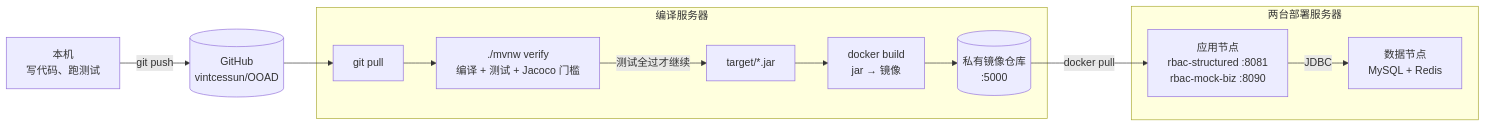
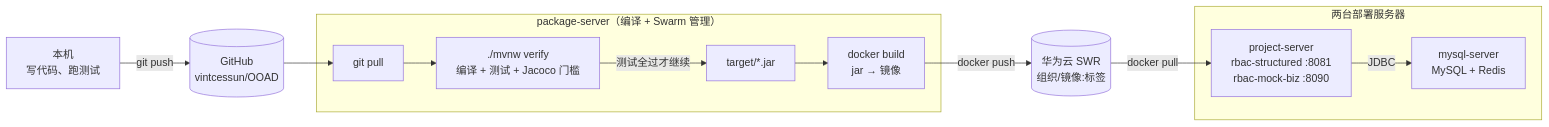
The diagram in docs/13-deployment.md (vintcessun/OOAD), drawn with Mermaid before and after one commit. The commit also changed other lines of this file and 8 other files, not shown here.

First line of the commit message:
chore(deploy): 按实验二改为 SWR + Swarm 部署，加 stack.sh 与接口演示文件

````diff
--- a/docs/13-deployment.md
+++ b/docs/13-deployment.md
@@ -36,17 +38,17 @@
 ```mermaid
 flowchart LR
     DEV[本机<br/>写代码、跑测试] -->|git push| GH[(GitHub<br/>vintcessun/OOAD)]
-    subgraph BUILD["编译服务器"]
+    subgraph BUILD["package-server（编译 + Swarm 管理）"]
         B1[git pull] --> B2["./mvnw verify<br/>编译 + 测试 + Jacoco 门槛"]
         B2 -->|测试全过才继续| B3["target/*.jar"]
         B3 --> B4["docker build<br/>jar → 镜像"]
-        B4 --> REG[(私有镜像仓库<br/>:5000)]
     end
+    B4 -->|docker push| REG[(华为云 SWR<br/>组织/镜像:标签)]
     GH --> B1
     subgraph DEPLOY["两台部署服务器"]
-        D1["数据节点<br/>MySQL + Redis"]
-        D2["应用节点<br/>rbac-structured :8081<br/>rbac-mock-biz :8090"]
+        D1["mysql-server<br/>MySQL + Redis"]
+        D2["project-server<br/>rbac-structured :8081<br/>rbac-mock-biz :8090"]
     end
     REG -->|docker pull| D2
     D2 -->|JDBC| D1
 ```
````
